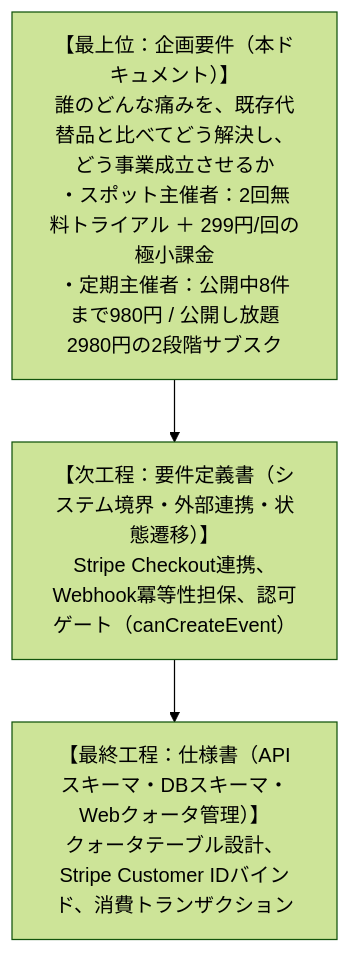
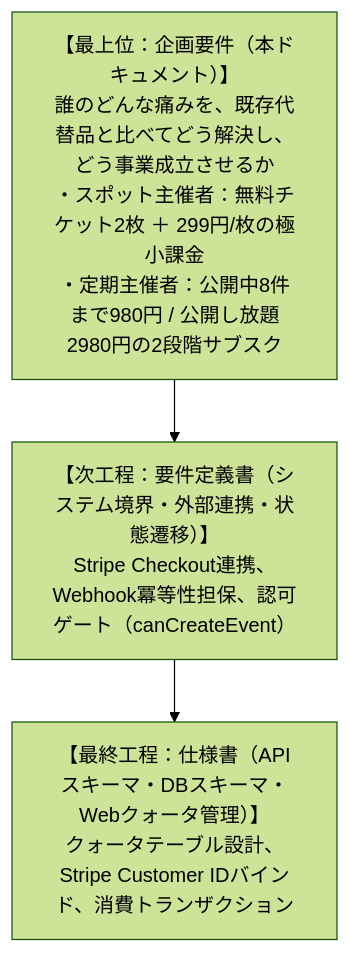
Before and after one commit to HirofumiSato/EventKreater: the first of 2 diagrams in docs/billing_and_quota_planning_requirements.md, drawn with Mermaid (forest theme). The commit also changed other lines of this file and 105 other files, not shown here.

````diff
--- a/docs/billing_and_quota_planning_requirements.md
+++ b/docs/billing_and_quota_planning_requirements.md
@@ -10,8 +10,8 @@
 ```mermaid
 flowchart TD
-    A["【最上位：企画要件（本ドキュメント）】<br>誰のどんな痛みを、既存代替品と比べてどう解決し、どう事業成立させるか<br>・スポット主催者：2回無料トライアル ＋ 299円/回の極小課金<br>・定期主催者：公開中8件まで980円 / 公開し放題2980円の2段階サブスク"]
+    A["【最上位：企画要件（本ドキュメント）】<br>誰のどんな痛みを、既存代替品と比べてどう解決し、どう事業成立させるか<br>・スポット主催者：無料チケット2枚 ＋ 299円/枚の極小課金<br>・定期主催者：公開中8件まで980円 / 公開し放題2980円の2段階サブスク"]
     B["【次工程：要件定義書（システム境界・外部連携・状態遷移）】<br>Stripe Checkout連携、Webhook冪等性担保、認可ゲート（canCreateEvent）"]
     C["【最終工程：仕様書（APIスキーマ・DBスキーマ・Webクォータ管理）】<br>クォータテーブル設計、Stripe Customer IDバインド、消費トランザクション"]
     A --> B
     B --> C
 ```
````
